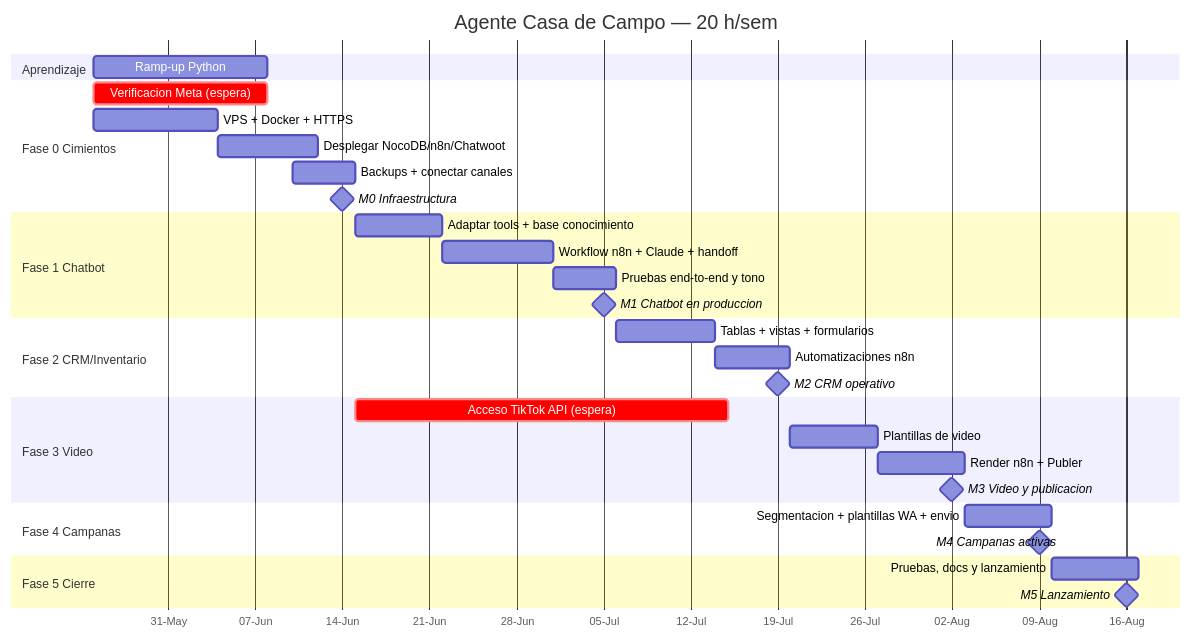
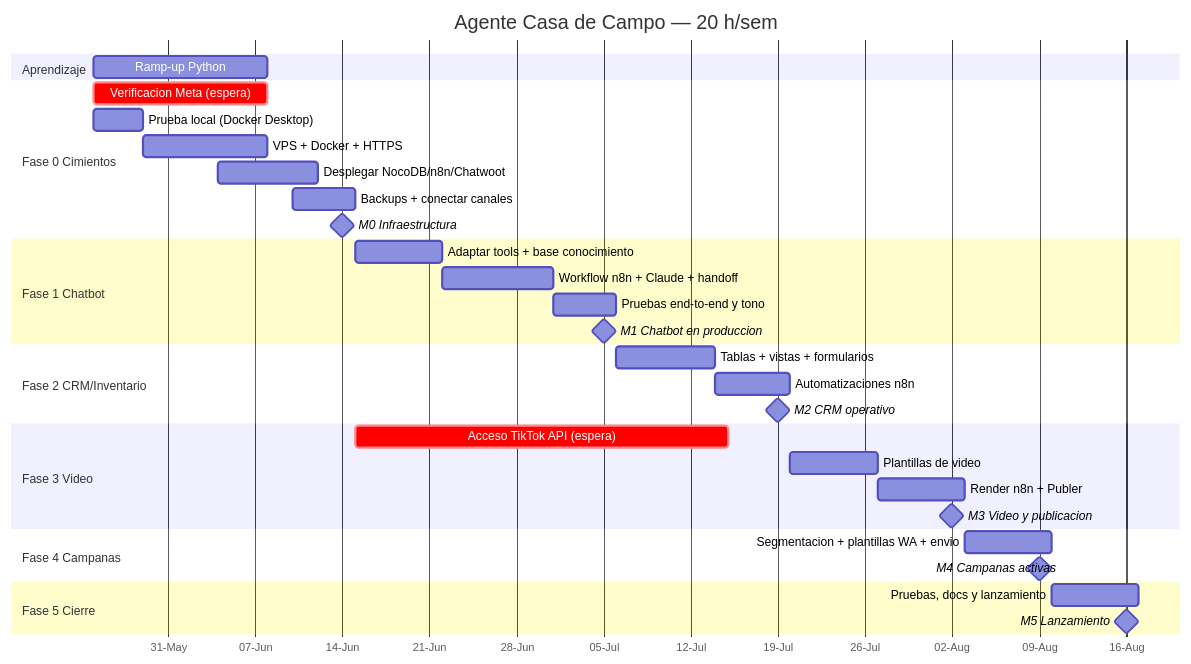
One commit to kocheluis/Casa-de-campo-agente changed the diagram in PROJECT_PLAN.md. Above: the diagram before and after it, drawn with Mermaid. The commit also changed other lines of this file and 3 other files, not shown here.

First line of the commit message:
Agregar prueba local con Docker antes del VPS

````diff
--- a/PROJECT_PLAN.md
+++ b/PROJECT_PLAN.md
@@ -44,34 +44,35 @@
 ```mermaid
 gantt
     title Agente Casa de Campo — 20 h/sem
     dateFormat YYYY-MM-DD
     axisFormat %d-%b
     section Aprendizaje
     Ramp-up Python             :py, 2026-05-25, 14d
     section Fase 0 Cimientos
     Verificacion Meta (espera) :crit, 2026-05-25, 14d
-    VPS + Docker + HTTPS       :2026-05-25, 10d
+    Prueba local (Docker Desktop) :2026-05-25, 4d
+    VPS + Docker + HTTPS       :2026-05-29, 10d
     Desplegar NocoDB/n8n/Chatwoot :2026-06-04, 8d
     Backups + conectar canales :2026-06-10, 5d
     M0 Infraestructura         :milestone, 2026-06-14, 0d
     section Fase 1 Chatbot
     Adaptar tools + base conocimiento :2026-06-15, 7d
     Workflow n8n + Claude + handoff   :2026-06-22, 9d
     Pruebas end-to-end y tono  :2026-07-01, 5d
     M1 Chatbot en produccion   :milestone, 2026-07-05, 0d
     section Fase 2 CRM/Inventario
     Tablas + vistas + formularios :2026-07-06, 8d
     Automatizaciones n8n       :2026-07-14, 6d
     M2 CRM operativo           :milestone, 2026-07-19, 0d
     section Fase 3 Video
     Acceso TikTok API (espera) :crit, 2026-06-15, 30d
     Plantillas de video        :2026-07-20, 7d
     Render n8n + Publer        :2026-07-27, 7d
     M3 Video y publicacion     :milestone, 2026-08-02, 0d
     section Fase 4 Campanas
     Segmentacion + plantillas WA + envio :2026-08-03, 7d
     M4 Campanas activas        :milestone, 2026-08-09, 0d
     section Fase 5 Cierre
     Pruebas, docs y lanzamiento :2026-08-10, 7d
     M5 Lanzamiento             :milestone, 2026-08-16, 0d
 ```
````
